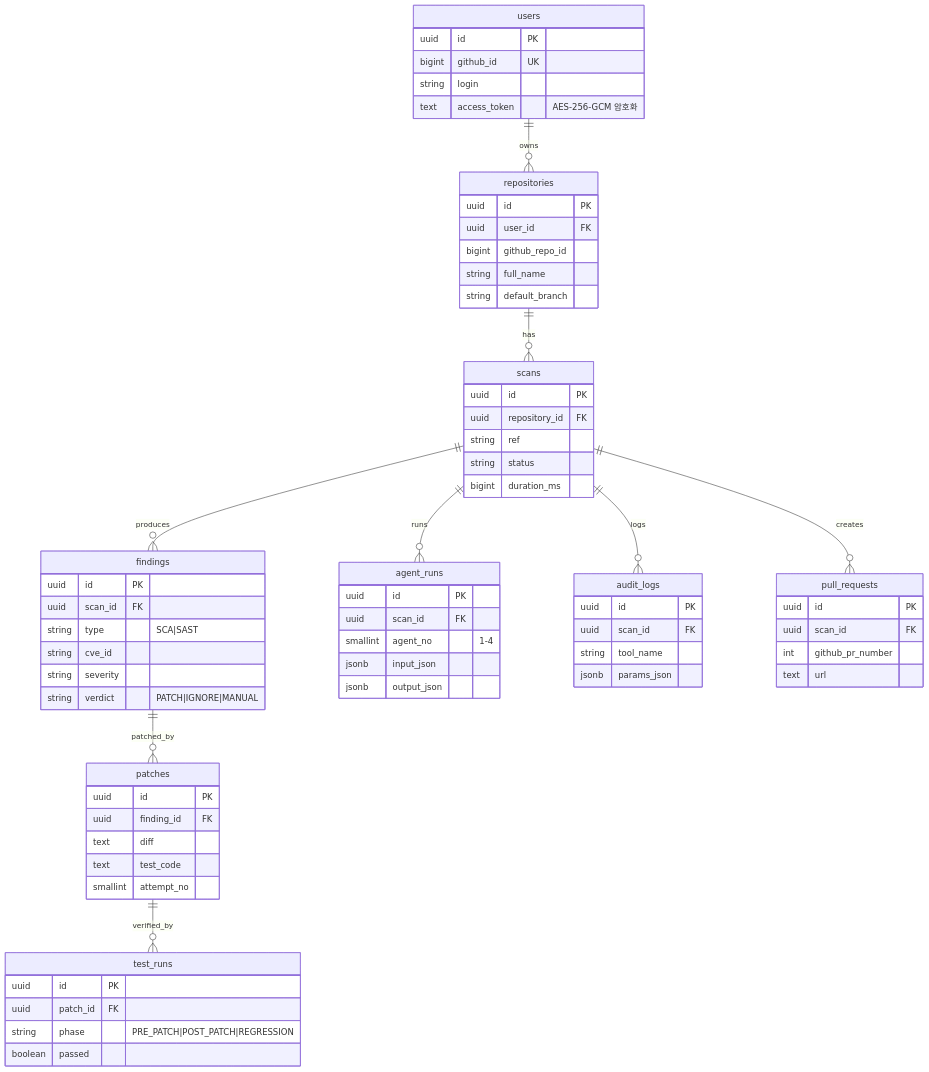
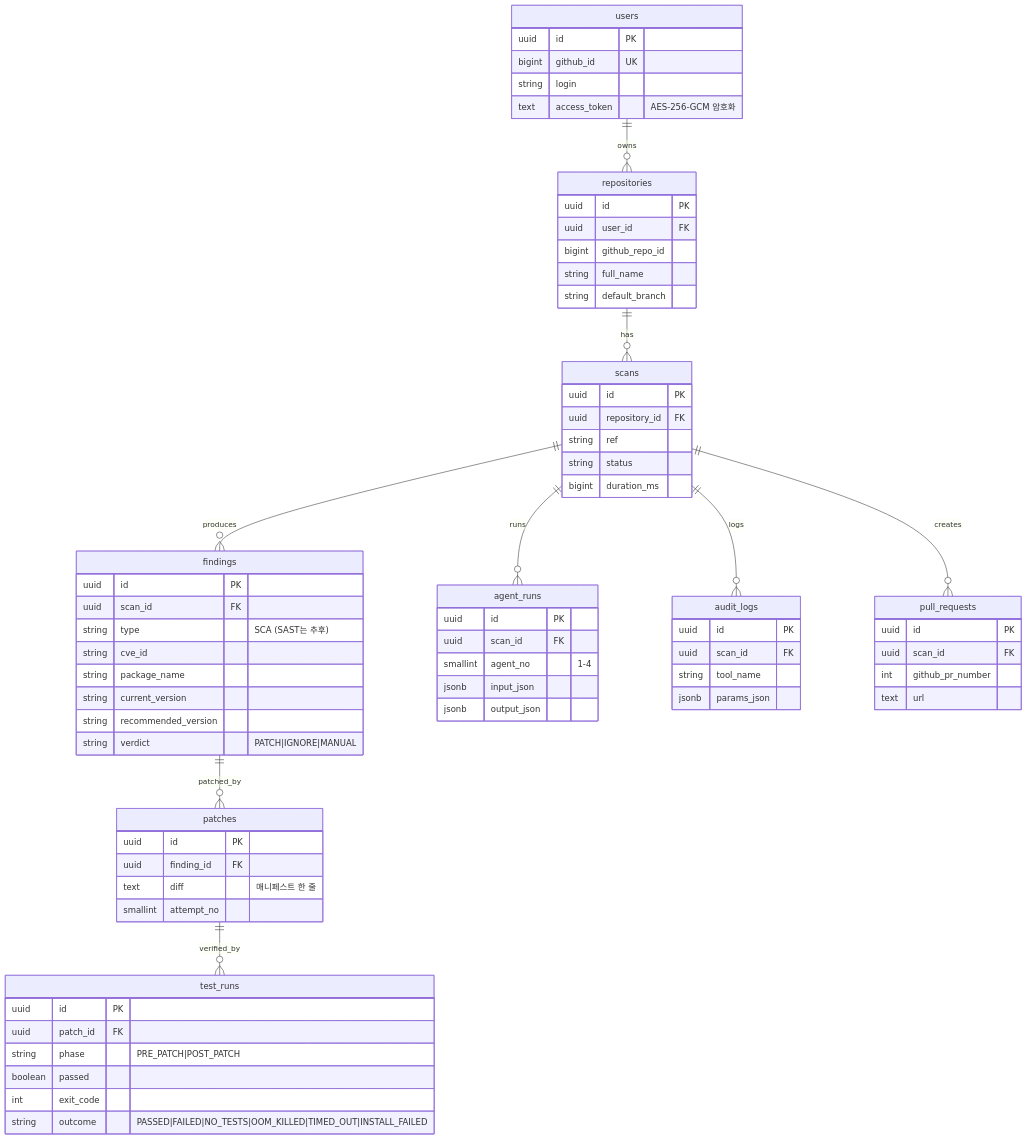
Before and after one commit to peachoath/vibeguard: the seventh of 10 diagrams in DOCS/VibeGuard_Architecture.md, drawn with Mermaid. The commit also changed other lines of this file and 7 other files, not shown here.

First line of the commit message:
docs: 방향 전환(v2) 전면 반영 — SAST 제외·SCA 집중, 회귀 증명 중심

````diff
--- a/DOCS/VibeGuard_Architecture.md
+++ b/DOCS/VibeGuard_Architecture.md
@@ -230,72 +238,75 @@
 ```mermaid
 erDiagram
     users ||--o{ repositories : owns
     repositories ||--o{ scans : has
     scans ||--o{ findings : produces
     scans ||--o{ agent_runs : runs
     scans ||--o{ audit_logs : logs
     scans ||--o{ pull_requests : creates
     findings ||--o{ patches : patched_by
     patches ||--o{ test_runs : verified_by
 
     users {
         uuid id PK
         bigint github_id UK
         string login
         text access_token "AES-256-GCM 암호화"
     }
     repositories {
         uuid id PK
         uuid user_id FK
         bigint github_repo_id
         string full_name
         string default_branch
     }
     scans {
         uuid id PK
         uuid repository_id FK
         string ref
         string status
         bigint duration_ms
     }
     findings {
         uuid id PK
         uuid scan_id FK
-        string type "SCA|SAST"
+        string type "SCA (SAST는 추후)"
         string cve_id
-        string severity
+        string package_name
+        string current_version
+        string recommended_version
         string verdict "PATCH|IGNORE|MANUAL"
     }
     patches {
         uuid id PK
         uuid finding_id FK
-        text diff
-        text test_code
+        text diff "매니페스트 한 줄"
         smallint attempt_no
     }
     test_runs {
         uuid id PK
         uuid patch_id FK
-        string phase "PRE_PATCH|POST_PATCH|REGRESSION"
+        string phase "PRE_PATCH|POST_PATCH"
         boolean passed
+        int exit_code
+        string outcome "PASSED|FAILED|NO_TESTS|OOM_KILLED|TIMED_OUT|INSTALL_FAILED"
     }
     pull_requests {
         uuid id PK
         uuid scan_id FK
         int github_pr_number
         text url
     }
     agent_runs {
         uuid id PK
         uuid scan_id FK
         smallint agent_no "1-4"
         jsonb input_json
         jsonb output_json
     }
     audit_logs {
         uuid id PK
         uuid scan_id FK
         string tool_name
         jsonb params_json
     }
 ```
````
